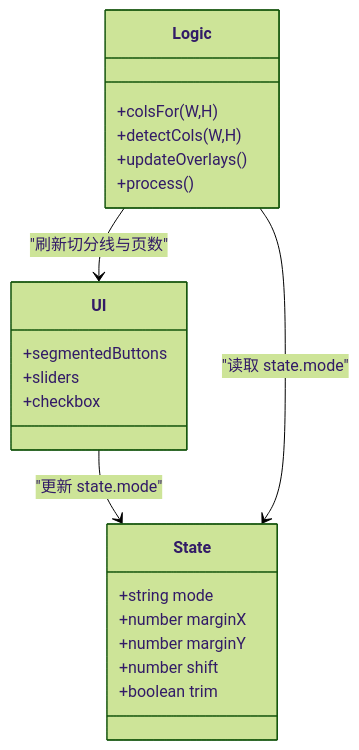
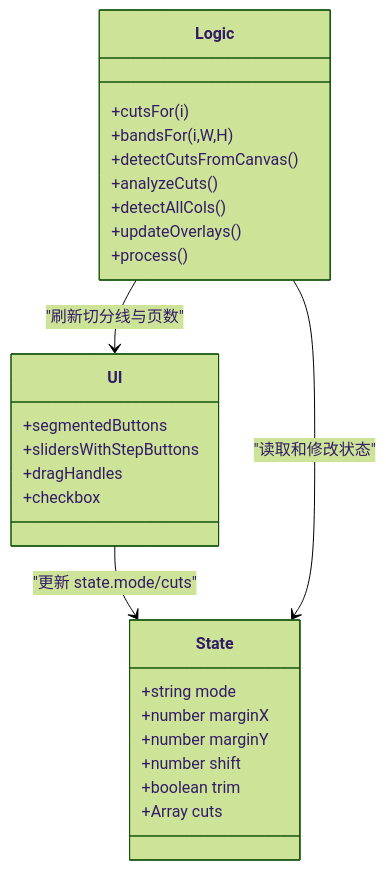
The seventh of 9 diagrams in .qoder/repowiki/zh/content/PDF处理引擎/智能栏数识别.md (wzh8080/PDFTools), drawn with Mermaid (forest theme) before and after one commit. The commit also changed other lines of this file and 29 other files, not shown here.

````diff
--- a/.qoder/repowiki/zh/content/PDF处理引擎/智能栏数识别.md
+++ b/.qoder/repowiki/zh/content/PDF处理引擎/智能栏数识别.md
@@ -197,24 +309,29 @@
 ```mermaid
 classDiagram
 class State {
 +string mode
 +number marginX
 +number marginY
 +number shift
 +boolean trim
++Array cuts
 }
 class UI {
 +segmentedButtons
-+sliders
++slidersWithStepButtons
++dragHandles
 +checkbox
 }
 class Logic {
-+colsFor(W,H)
-+detectCols(W,H)
++cutsFor(i)
++bandsFor(i,W,H)
++detectCutsFromCanvas()
++analyzeCuts()
++detectAllCols()
 +updateOverlays()
 +process()
 }
-UI --> State : "更新 state.mode"
-Logic --> State : "读取 state.mode"
+UI --> State : "更新 state.mode/cuts"
+Logic --> State : "读取和修改状态"
 Logic --> UI : "刷新切分线与页数"
 ```
````
